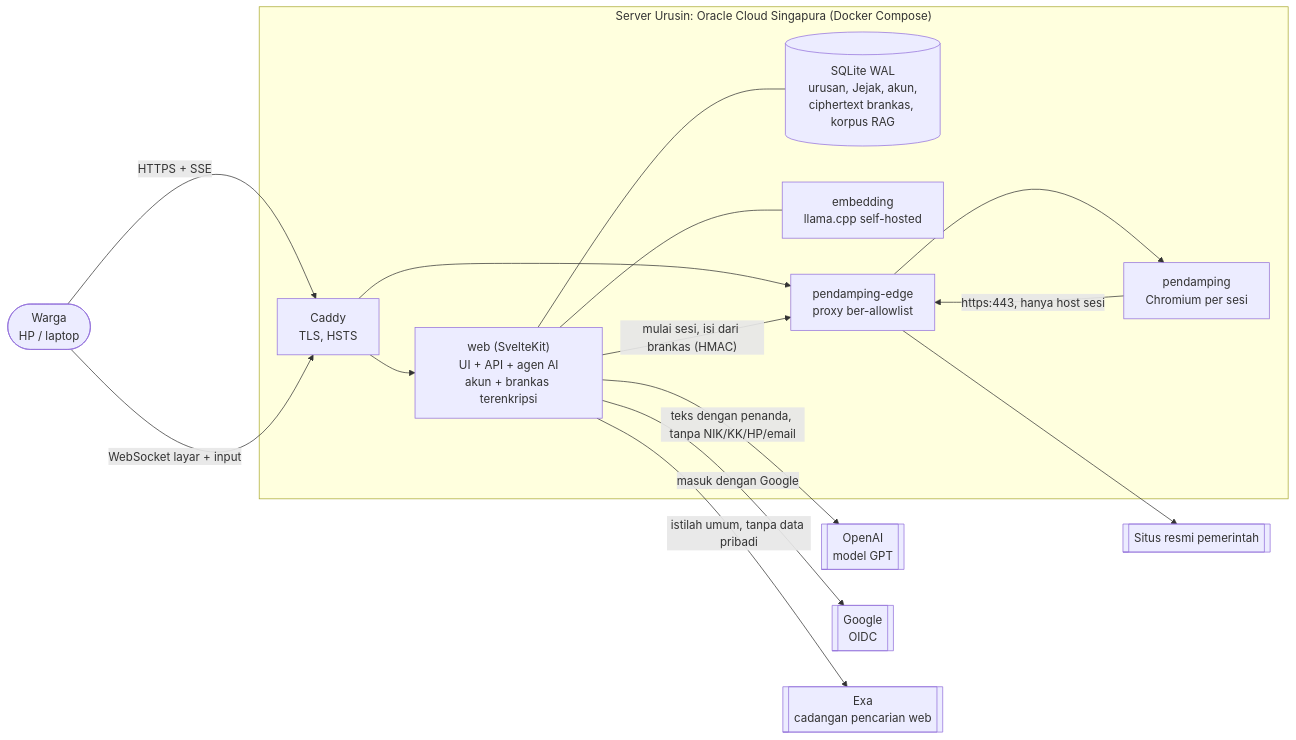
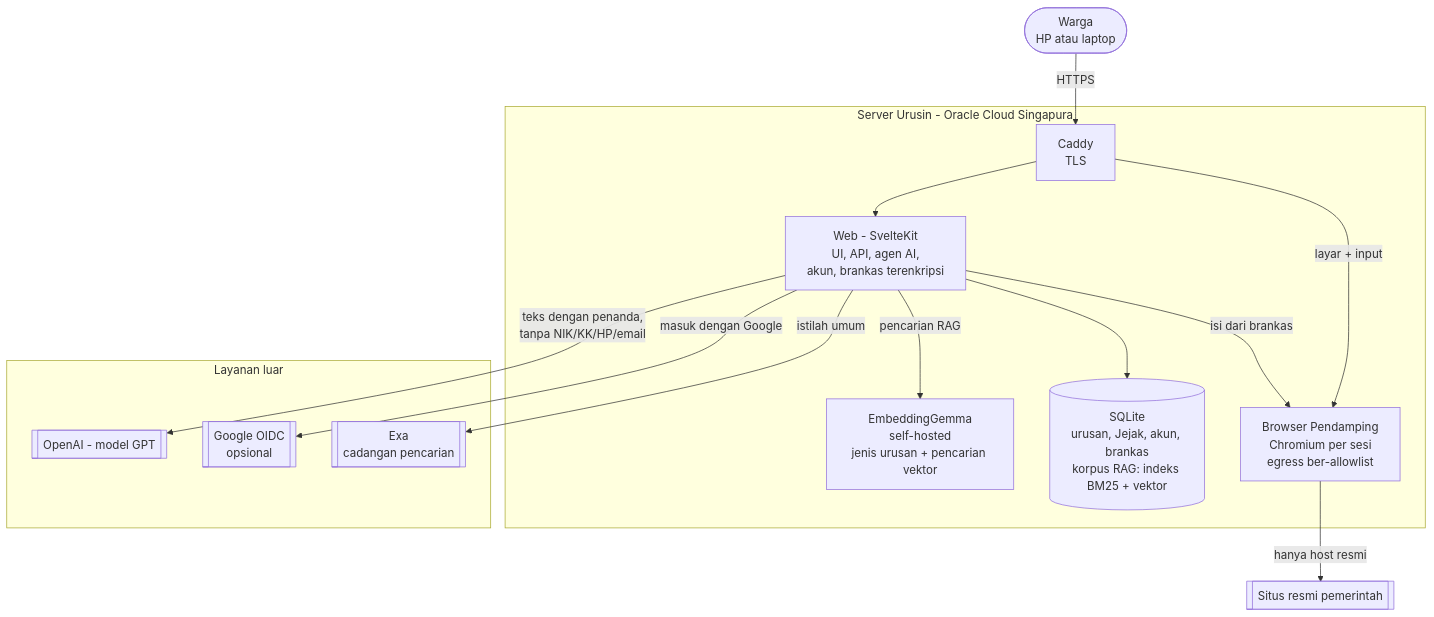
One commit to bynguts/urusin changed the diagram in README.md. Above: the diagram before and after it, drawn with Mermaid. The commit also changed other lines of this file and 1 other file, not shown here.

````diff
--- a/README.md
+++ b/README.md
@@ -146,26 +133,31 @@
 ```mermaid
-flowchart LR
-  W(["Warga<br/>HP / laptop"])
-  subgraph VPS["Server Urusin: Oracle Cloud Singapura (Docker Compose)"]
-    C["Caddy<br/>TLS, HSTS"]
-    WEB["web (SvelteKit)<br/>UI + API + agen AI<br/>akun + brankas terenkripsi"]
-    DB[("SQLite WAL<br/>urusan, Jejak, akun,<br/>ciphertext brankas, korpus RAG")]
-    EMB["embedding<br/>llama.cpp self-hosted"]
-    EDGE["pendamping-edge<br/>proxy ber-allowlist"]
-    PD["pendamping<br/>Chromium per sesi"]
+flowchart TB
+  W(["Warga<br/>HP atau laptop"])
+
+  subgraph SRV["Server Urusin - Oracle Cloud Singapura"]
+    C["Caddy<br/>TLS"]
+    WEB["Web - SvelteKit<br/>UI, API, agen AI,<br/>akun, brankas terenkripsi"]
+    EMB["EmbeddingGemma<br/>self-hosted<br/>jenis urusan + pencarian vektor"]
+    DB[("SQLite<br/>urusan, Jejak, akun, brankas<br/>korpus RAG: indeks BM25 + vektor")]
+    PD["Browser Pendamping<br/>Chromium per sesi<br/>egress ber-allowlist"]
   end
-  LLM[["OpenAI<br/>model GPT"]]
-  GOOG[["Google<br/>OIDC"]]
+
+  subgraph EXT["Layanan luar"]
+    LLM[["OpenAI - model GPT"]]
+    GO[["Google OIDC<br/>opsional"]]
+    EXA[["Exa<br/>cadangan pencarian"]]
+  end
+
   GOV[["Situs resmi pemerintah"]]
-  EXA[["Exa<br/>cadangan pencarian web"]]
 
-  W -- "HTTPS + SSE" --> C --> WEB
-  W -- "WebSocket layar + input" --> C --> EDGE --> PD
-  WEB --- DB
-  WEB --- EMB
-  WEB -- "teks dengan penanda, tanpa NIK/KK/HP/email" --> LLM
-  WEB -- "masuk dengan Google" --> GOOG
-  WEB -- "istilah umum, tanpa data pribadi" --> EXA
-  WEB -- "mulai sesi, isi dari brankas (HMAC)" --> EDGE
-  PD -- "https:443, hanya host sesi" --> EDGE --> GOV
+  W -->|"HTTPS"| C
+  C --> WEB
+  C -->|"layar + input"| PD
+  WEB -->|"pencarian RAG"| EMB
+  WEB --> DB
+  WEB -->|"isi dari brankas"| PD
+  PD -->|"hanya host resmi"| GOV
+  WEB -->|"teks dengan penanda,<br/>tanpa NIK/KK/HP/email"| LLM
+  WEB -->|"masuk dengan Google"| GO
+  WEB -->|"istilah umum"| EXA
 ```
````
